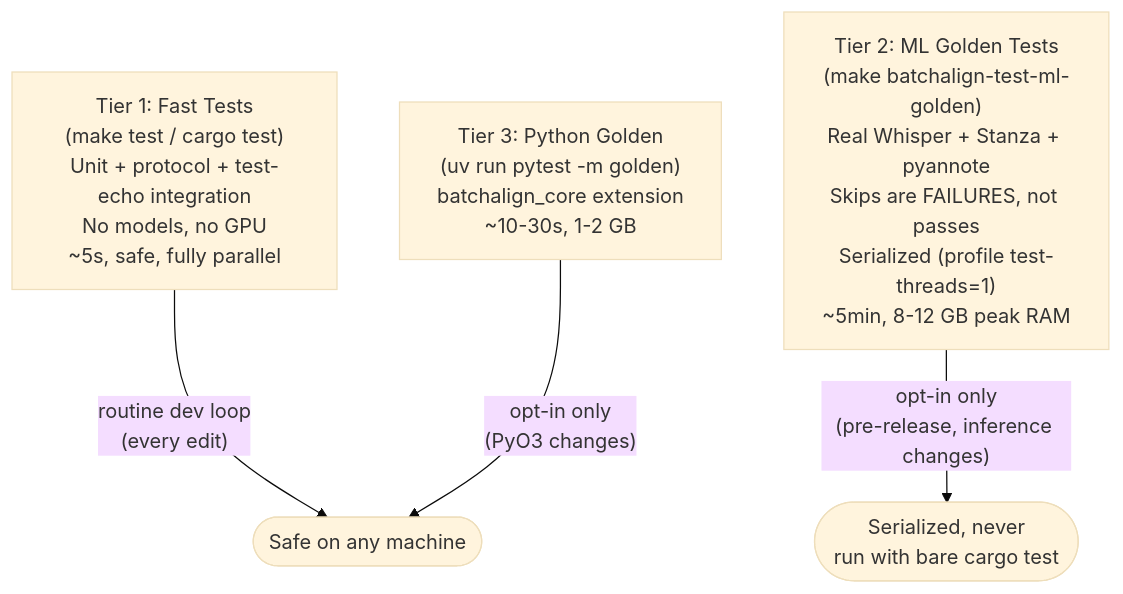
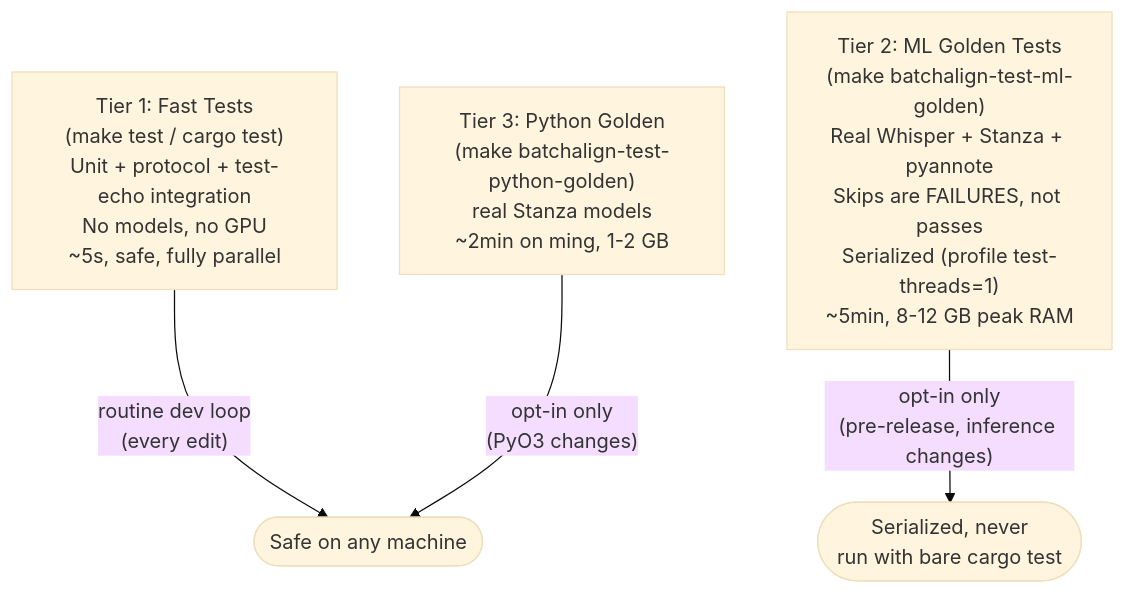
One commit to FranklinChen/talkbank-tools changed the second of 2 diagrams in book/src/batchalign/developer/testing.md. Above: the diagram before and after it, drawn with Mermaid (base theme). The commit also changed other lines of this file and 470 other files, not shown here.

````diff
--- a/book/src/batchalign/developer/testing.md
+++ b/book/src/batchalign/developer/testing.md
@@ -124,10 +124,10 @@
 ```mermaid
 flowchart TD
     fast["Tier 1: Fast Tests\n(make test / cargo test)\nUnit + protocol + test-echo integration\nNo models, no GPU\n~5s, safe, fully parallel"]
     ml["Tier 2: ML Golden Tests\n(make batchalign-test-ml-golden)\nReal Whisper + Stanza + pyannote\nSkips are FAILURES, not passes\nSerialized (profile test-threads=1)\n~5min, 8-12 GB peak RAM"]
-    pygolden["Tier 3: Python Golden\n(uv run pytest -m golden)\nbatchalign_core extension\n~10-30s, 1-2 GB"]
+    pygolden["Tier 3: Python Golden\n(make batchalign-test-python-golden)\nreal Stanza models\n~2min on ming, 1-2 GB"]
 
     fast -->|"routine dev loop\n(every edit)"| safe(["Safe on any machine"])
     ml -->|"opt-in only\n(pre-release, inference changes)"| danger(["Serialized, never\nrun with bare cargo test"])
     pygolden -->|"opt-in only\n(PyO3 changes)"| safe
 ```
````
